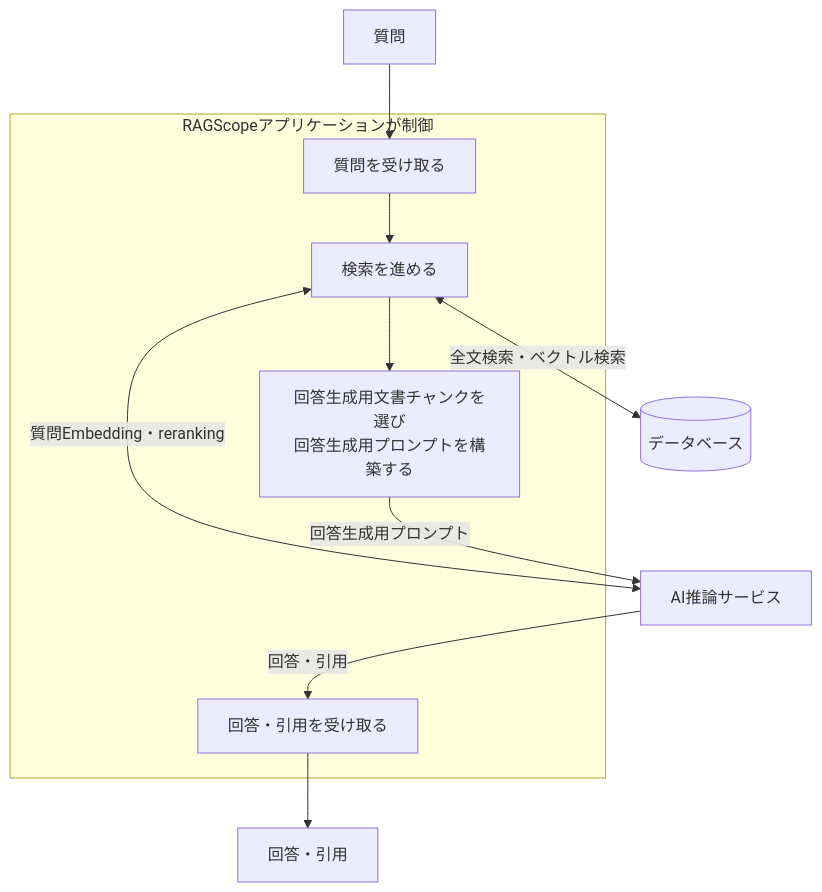
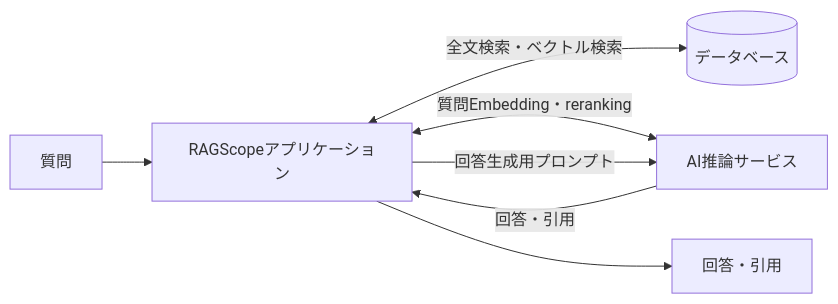
One commit to takashit16833/RAGScope changed the third of 4 diagrams in project-docs/design/システムアーキテクチャ.md. Above: the diagram before and after it, drawn with Mermaid. The commit also changed other lines of this file and 64 other files, not shown here.

````diff
--- a/project-docs/design/システムアーキテクチャ.md
+++ b/project-docs/design/システムアーキテクチャ.md
@@ -112,24 +104,15 @@
 ```mermaid
-flowchart TB
+flowchart LR
     Question["質問"]
-
-    subgraph Application["RAGScopeアプリケーションが制御"]
-        Receive["質問を受け取る"]
-        Search["検索を進める"]
-        Prepare["回答生成用文書チャンクを選び<br>回答生成用プロンプトを構築する"]
-        Return["回答・引用を受け取る"]
-
-        Receive --> Search --> Prepare
-    end
-
+    Application["RAGScopeアプリケーション"]
     DB[("データベース")]
     AI["AI推論サービス"]
-    Output["回答・引用"]
+    Answer["回答・引用"]
 
-    Question --> Receive
-    Search <-->|"全文検索・ベクトル検索"| DB
-    Search <-->|"質問Embedding・reranking"| AI
-    Prepare -->|"回答生成用プロンプト"| AI
-    AI -->|"回答・引用"| Return
-    Return --> Output
+    Question --> Application
+    Application <-->|"全文検索・ベクトル検索"| DB
+    Application <-->|"質問Embedding・reranking"| AI
+    Application -->|"回答生成用プロンプト"| AI
+    AI -->|"回答・引用"| Application
+    Application --> Answer
 ```
````
